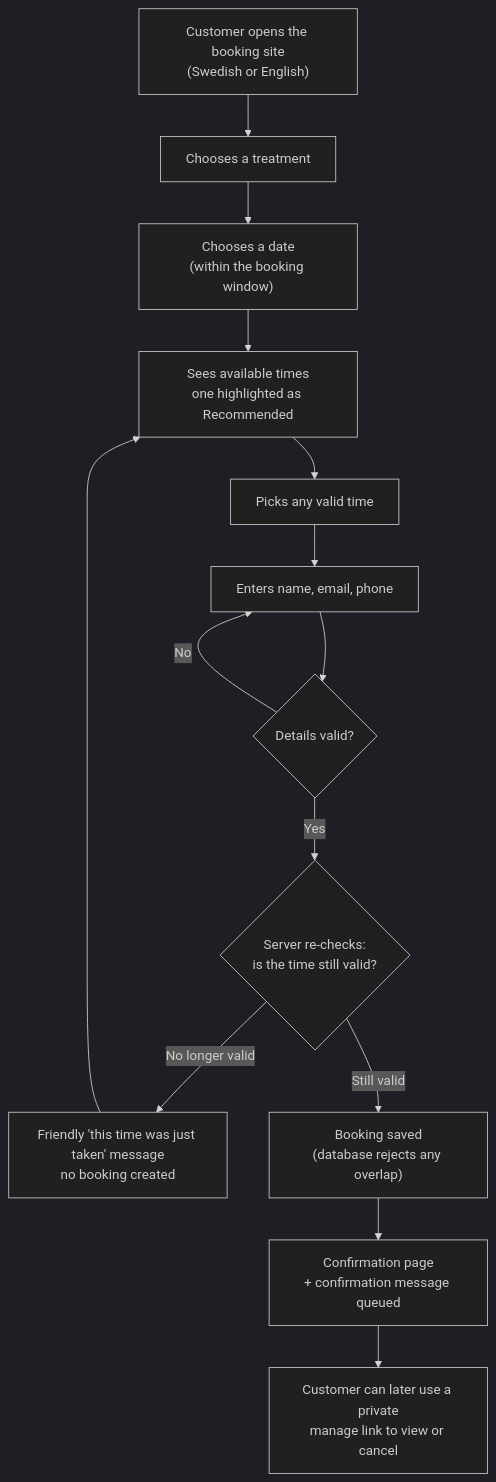
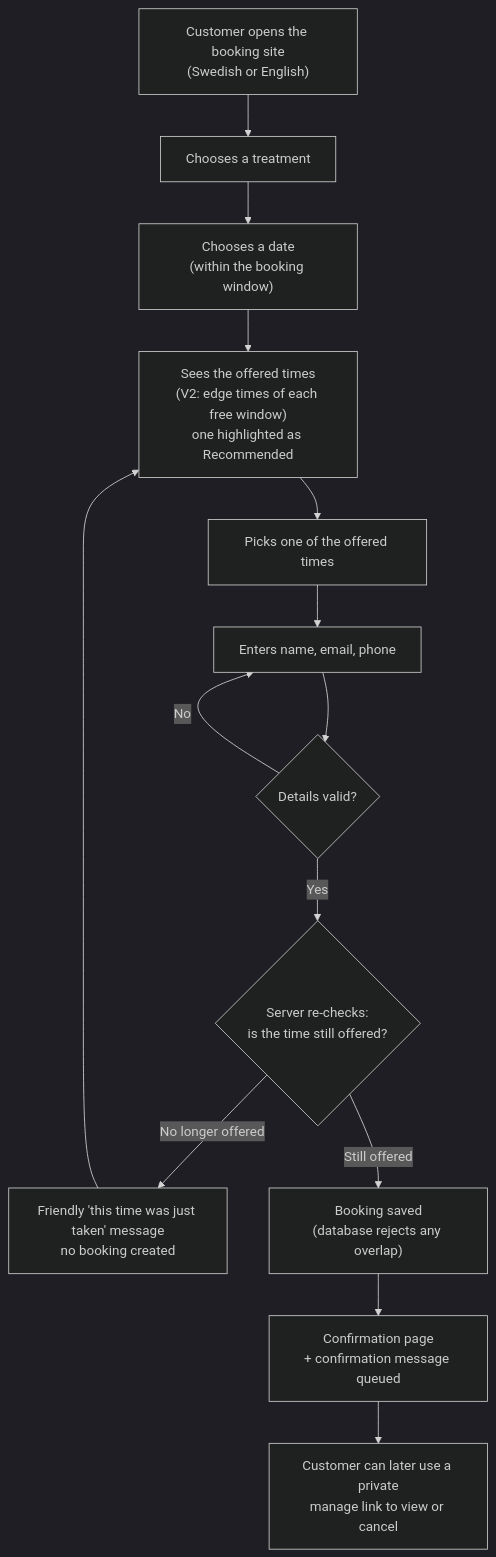
One commit to N0vocaine/timbra-qa-portfolio changed the first of 4 diagrams in docs/product/booking-flow.md. Above: the diagram before and after it, drawn with Mermaid (dark theme). The commit also changed other lines of this file and 11 other files, not shown here.

````diff
--- a/docs/product/booking-flow.md
+++ b/docs/product/booking-flow.md
@@ -7,16 +7,16 @@
 ```mermaid
 flowchart TD
     S["Customer opens the booking site<br/>(Swedish or English)"] --> T["Chooses a treatment"]
     T --> D["Chooses a date<br/>(within the booking window)"]
-    D --> A["Sees available times<br/>one highlighted as Recommended"]
-    A --> P["Picks any valid time"]
+    D --> A["Sees the offered times<br/>(V2: edge times of each free window)<br/>one highlighted as Recommended"]
+    A --> P["Picks one of the offered times"]
     P --> F["Enters name, email, phone"]
     F --> V{"Details valid?"}
     V -- "No" --> F
-    V -- "Yes" --> R{"Server re-checks:<br/>is the time still valid?"}
-    R -- "No longer valid" --> C["Friendly 'this time was just taken' message<br/>no booking created"]
+    V -- "Yes" --> R{"Server re-checks:<br/>is the time still offered?"}
+    R -- "No longer offered" --> C["Friendly 'this time was just taken' message<br/>no booking created"]
     C --> A
-    R -- "Still valid" --> B["Booking saved<br/>(database rejects any overlap)"]
+    R -- "Still offered" --> B["Booking saved<br/>(database rejects any overlap)"]
     B --> OK["Confirmation page<br/>+ confirmation message queued"]
     OK --> M["Customer can later use a private<br/>manage link to view or cancel"]
 ```
````
